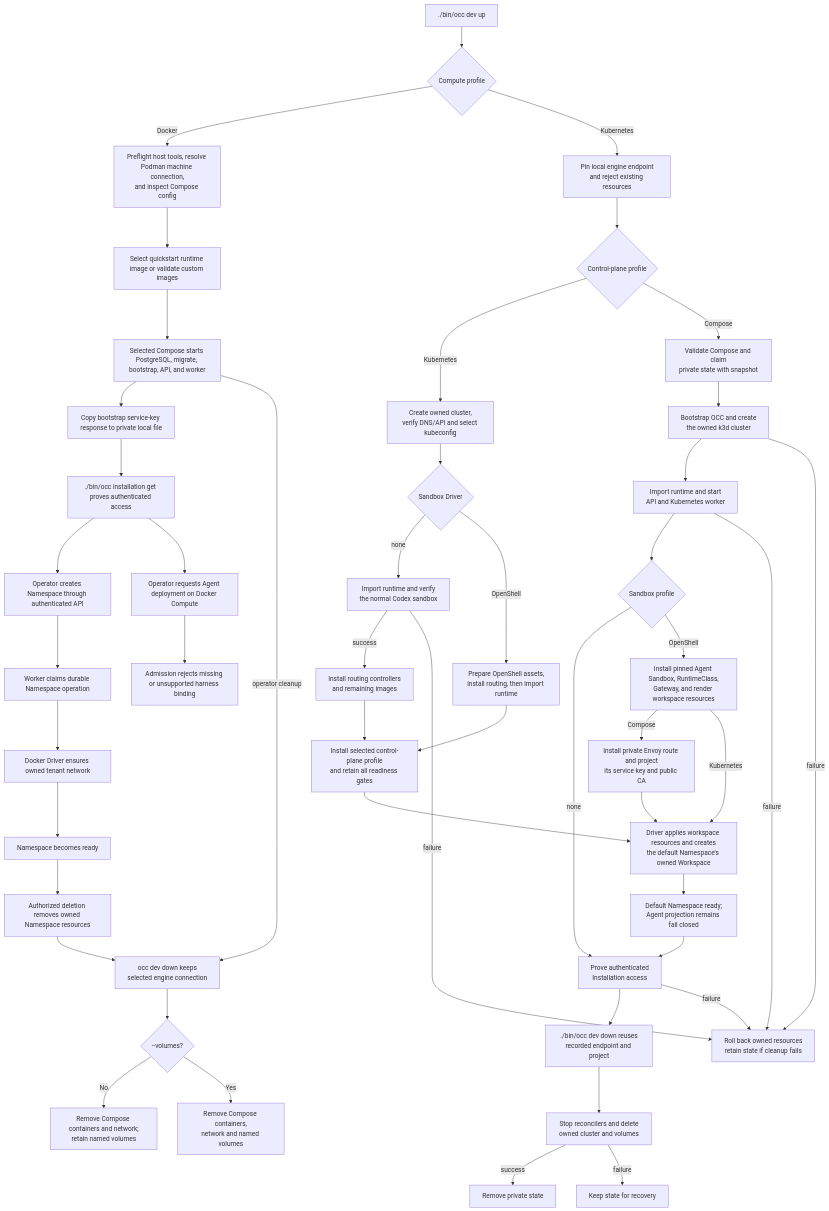
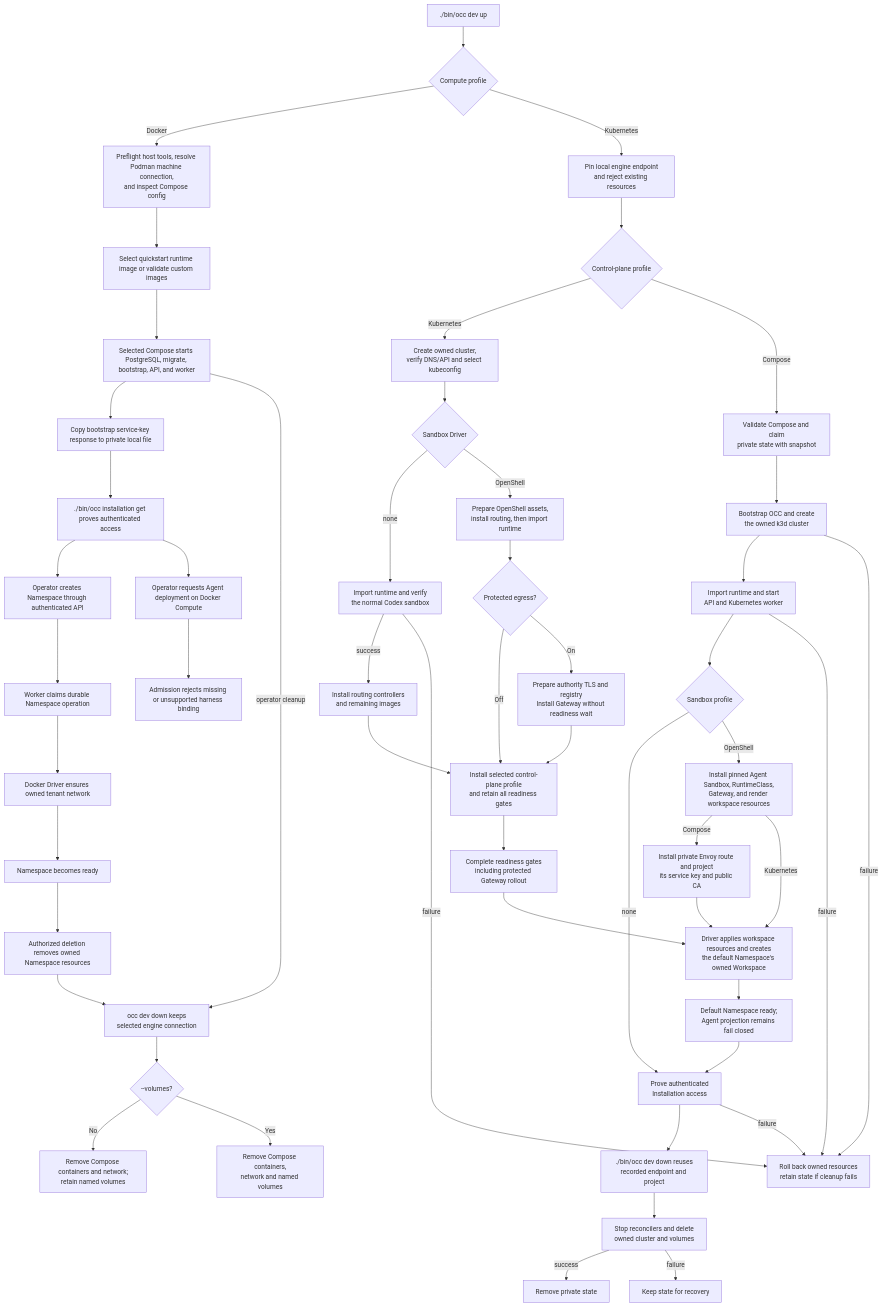
The diagram in docs/flows/docker-compose-development.md (anmol0b/openclaw-enterprise), drawn with Mermaid before and after one commit. The commit also changed other lines of this file and 23 other files, not shown here.

````diff
--- a/docs/flows/docker-compose-development.md
+++ b/docs/flows/docker-compose-development.md
@@ -50,51 +50,55 @@
 ```mermaid
 graph TD
   A["./bin/occ dev up"] --> Profile{"Compute profile"}
   Profile -->|Docker| B["Preflight host tools, resolve Podman machine connection,<br/>and inspect Compose config"]
   Profile -->|Kubernetes| KPre["Pin local engine endpoint<br/>and reject existing resources"]
   KPre --> KControl{"Control-plane profile"}
   KControl -->|Kubernetes| KOwned["Create owned cluster,<br/>verify DNS/API and select kubeconfig"]
   KOwned --> KDriver{"Sandbox Driver"}
   KDriver -->|none| KCodex["Import runtime and verify<br/>the normal Codex sandbox"]
   KCodex -->|success| KRoutingFirst["Install routing controllers<br/>and remaining images"]
   KCodex -->|failure| KRollback
   KDriver -->|OpenShell| KOpenFirst["Prepare OpenShell assets,<br/>install routing, then import runtime"]
   KRoutingFirst --> KOnly["Install selected control-plane profile<br/>and retain all readiness gates"]
-  KOpenFirst --> KOnly
-  KOnly --> KWorkspace
+  KOpenFirst --> KProtection{"Protected egress?"}
+  KProtection -->|Off| KOnly
+  KProtection -->|On| KAuthority["Prepare authority TLS and registry<br/>Install Gateway without readiness wait"]
+  KAuthority --> KOnly
+  KOnly --> KWait["Complete readiness gates<br/>including protected Gateway rollout"]
+  KWait --> KWorkspace
   KControl -->|Compose| KConfig["Validate Compose and claim<br/>private state with snapshot"]
   KConfig --> KStart["Bootstrap OCC and create<br/>the owned k3d cluster"]
   KStart --> KReady["Import runtime and start<br/>API and Kubernetes worker"]
   KReady --> KSandbox{"Sandbox profile"}
   KSandbox -->|none| KProof
   KSandbox -->|OpenShell| KOpenShell["Install pinned Agent Sandbox, RuntimeClass,<br/>Gateway, and render workspace resources"]
   KOpenShell -->|Compose| KRouting["Install private Envoy route and project<br/>its service key and public CA"]
   KRouting --> KWorkspace["Driver applies workspace resources and creates<br/>the default Namespace's owned Workspace"]
   KOpenShell -->|Kubernetes| KWorkspace
   KWorkspace --> KFailClosed["Default Namespace ready;<br/>Agent projection remains fail closed"]
   KFailClosed --> KProof
   KProof["Prove authenticated<br/>Installation access"]
   KProof --> KDown["./bin/occ dev down reuses<br/>recorded endpoint and project"]
   KStart -->|failure| KRollback["Roll back owned resources<br/>retain state if cleanup fails"]
   KReady -->|failure| KRollback
   KProof -->|failure| KRollback
   KDown --> KRemove["Stop reconcilers and delete<br/>owned cluster and volumes"]
   KRemove -->|success| KDone["Remove private state"]
   KRemove -->|failure| KRetain["Keep state for recovery"]
   B --> C["Select quickstart runtime image or validate custom images"]
   C --> D["Selected Compose starts PostgreSQL, migrate, bootstrap, API, and worker"]
   D --> E["Copy bootstrap service-key response to private local file"]
   E --> F["./bin/occ installation get proves authenticated access"]
   F --> G["Operator creates Namespace through authenticated API"]
   G --> H["Worker claims durable Namespace operation"]
   H --> I["Docker Driver ensures owned tenant network"]
   I --> J["Namespace becomes ready"]
   F --> K["Operator requests Agent deployment on Docker Compute"]
   K --> L["Admission rejects missing or unsupported harness binding"]
   J --> M["Authorized deletion removes owned Namespace resources"]
   D -->|operator cleanup| CDown["occ dev down keeps<br/>selected engine connection"]
   M --> CDown
   CDown --> CVolumes{"--volumes?"}
   CVolumes -->|No| CKeep["Remove Compose containers and network;<br/>retain named volumes"]
   CVolumes -->|Yes| CDelete["Remove Compose containers,<br/>network and named volumes"]
 ```
````
